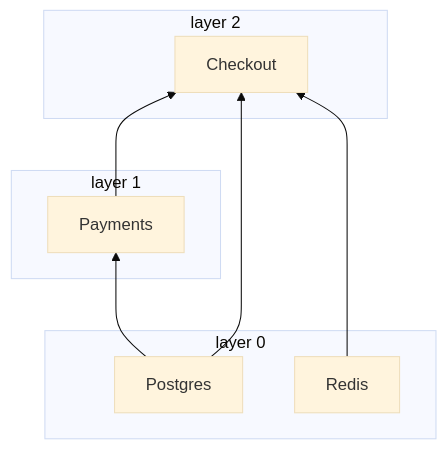
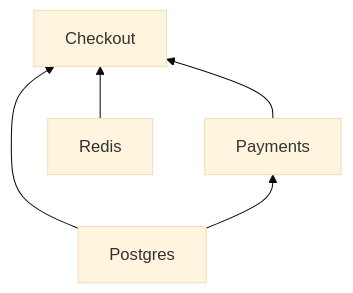
One commit to troyan-dy/nuke-di changed the diagram in README.md. Above: the diagram before and after it, drawn with Mermaid (base theme). The commit also changed other lines of this file and 18 other files, not shown here.

````diff
--- a/README.md
+++ b/README.md
@@ -450,17 +451,11 @@
 ```mermaid
 graph BT
-  subgraph layer0 [layer 0]
-    Postgres
-    Redis
-  end
-  subgraph layer1 [layer 1]
-    Payments
-  end
-  subgraph layer2 [layer 2]
-    Checkout
-  end
+  Postgres
+  Redis
+  Payments
+  Checkout
   Postgres --> Payments
   Postgres --> Checkout
   Redis --> Checkout
   Payments --> Checkout
 ```
````
